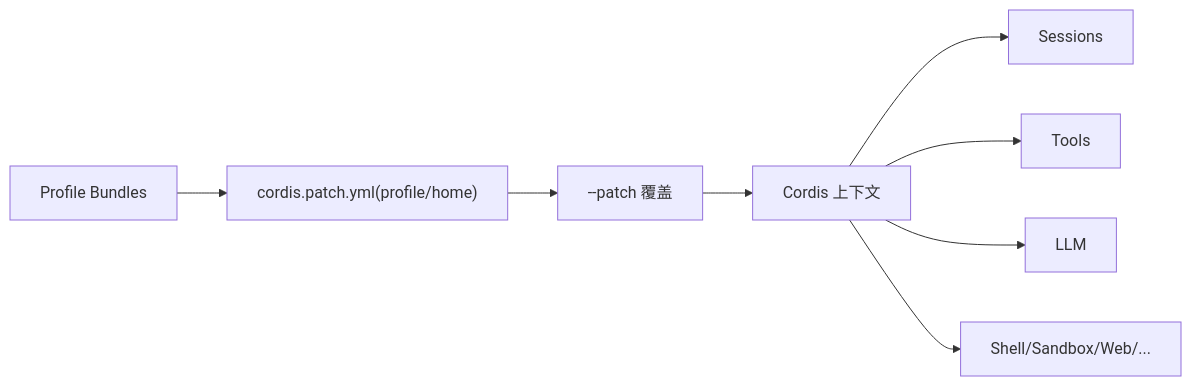
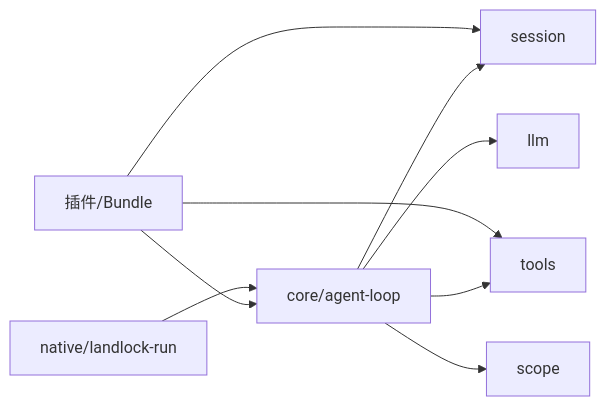
Before and after one commit to gongzili456/deepseek-harness: the seventh of 7 diagrams in .qoder/repowiki/zh/content/项目概览/项目介绍.md, drawn with Mermaid. The commit also changed other lines of this file and 1001 other files, not shown here.

````diff
--- a/.qoder/repowiki/zh/content/项目概览/项目介绍.md
+++ b/.qoder/repowiki/zh/content/项目概览/项目介绍.md
@@ -250,10 +235,11 @@
 ```mermaid
 graph LR
-A["Profile Bundles"] --> B["cordis.patch.yml(profile/home)"]
-B --> C["--patch 覆盖"]
-C --> D["Cordis 上下文"]
-D --> E["Sessions"]
-D --> F["Tools"]
-D --> G["LLM"]
-D --> H["Shell/Sandbox/Web/..."]
+Core["core/agent-loop"] --> Session["session"]
+Core --> Tools["tools"]
+Core --> LLM["llm"]
+Core --> Scope["scope"]
+Plugins["插件/Bundle"] --> Core
+Plugins --> Session
+Plugins --> Tools
+Native["native/landlock-run"] --> Core
 ```
````
